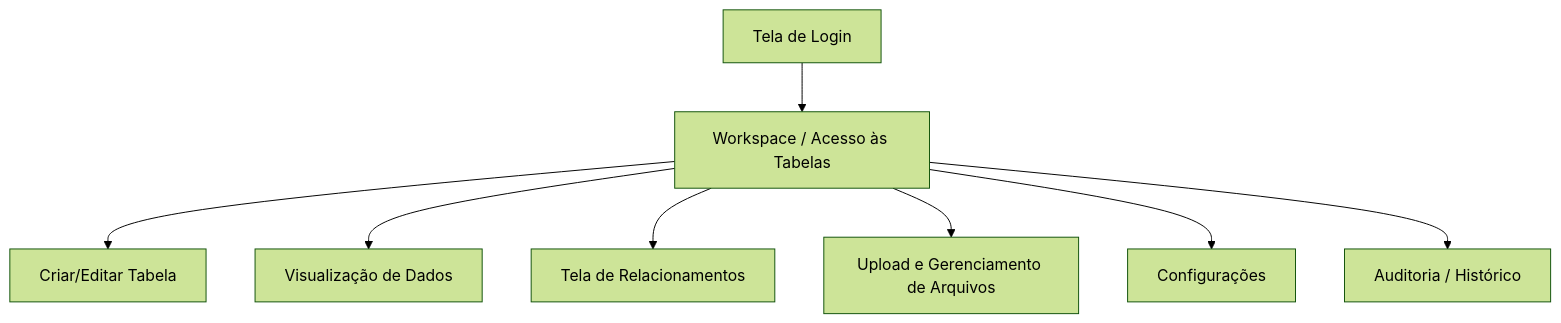
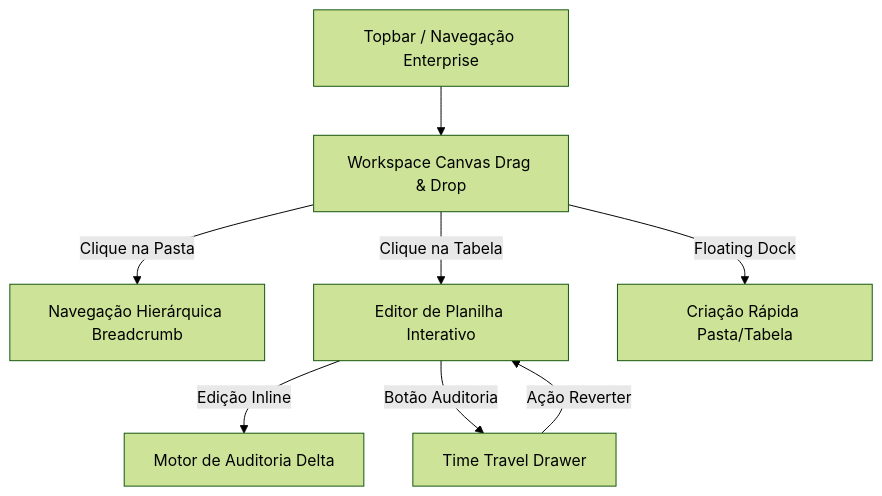
Before and after one commit to mateusarvz/GridData: the diagram in README.md, drawn with Mermaid (forest theme). The commit also changed other lines of this file and 221 other files, not shown here.

````diff
--- a/README.md
+++ b/README.md
@@ -13,10 +122,10 @@
 ```mermaid
 graph TD
-    A[Tela de Login] --> B[Workspace / Acesso às Tabelas]
-    B --> C[Criar/Editar Tabela]
-    B --> D[Visualização de Dados]
-    B --> E[Tela de Relacionamentos]
-    B --> F[Upload e Gerenciamento de Arquivos]
-    B --> G[Configurações]
-    B --> H[Auditoria / Histórico]
+    A[Topbar / Navegação Enterprise] --> B[Workspace Canvas Drag & Drop]
+    B -->|Clique na Pasta| C[Navegação Hierárquica Breadcrumb]
+    B -->|Clique na Tabela| D[Editor de Planilha Interativo]
+    D -->|Edição Inline| E[Motor de Auditoria Delta]
+    D -->|Botão Auditoria| F[Time Travel Drawer]
+    F -->|Ação Reverter| D
+    B -->|Floating Dock| G[Criação Rápida Pasta/Tabela]
 ```
````
